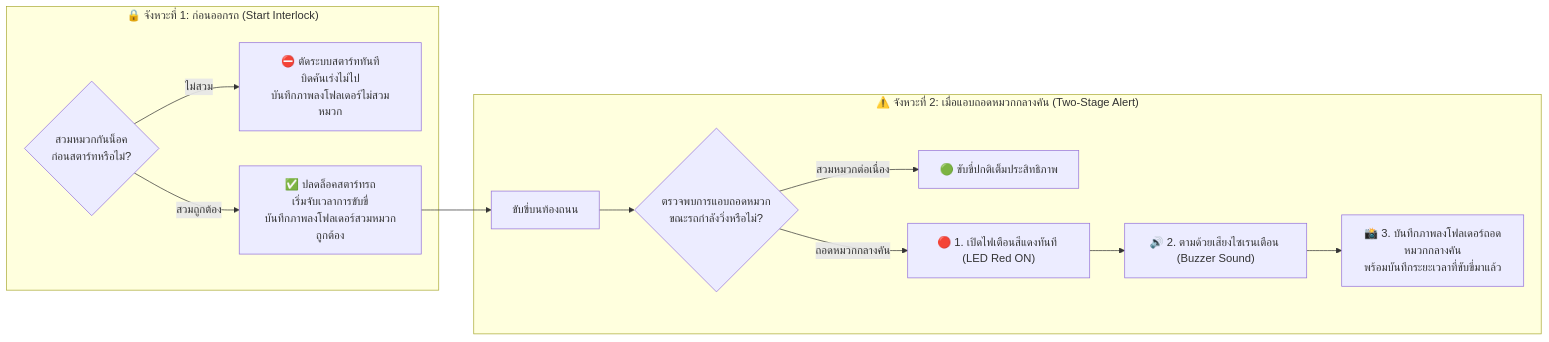
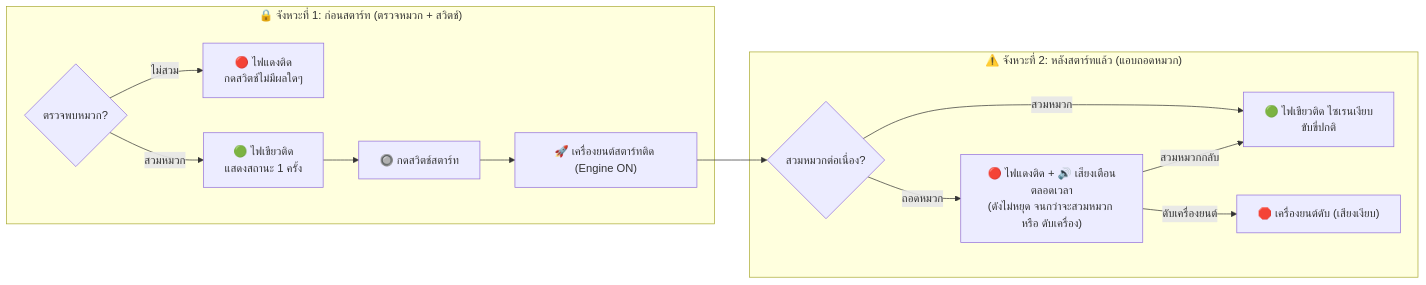
Before and after one commit to sudodok/helmet: the second of 2 diagrams in system_flowchart.md, drawn with Mermaid. The commit also changed other lines of this file, not shown here.

Commit message:
docs: update flowchart to include switch interlock, single notification, and continuous mid-ride alert

````diff
--- a/system_flowchart.md
+++ b/system_flowchart.md
@@ -62,17 +66,18 @@
 ```mermaid
 flowchart LR
-    subgraph Part1 ["🔒 จังหวะที่ 1: ก่อนออกรถ (Start Interlock)"]
-        P1_Check{"สวมหมวกกันน็อค<br/>ก่อนสตาร์ทหรือไม่?"}
-        P1_Check -->|"ไม่สวม"| P1_Lock["⛔ ตัดระบบสตาร์ททันที<br/>บิดคันเร่งไม่ไป<br/>บันทึกภาพลงโฟลเดอร์ไม่สวมหมวก"]
-        P1_Check -->|"สวมถูกต้อง"| P1_Unlock["✅ ปลดล็อคสตาร์ทรถ<br/>เริ่มจับเวลาการขับขี่<br/>บันทึกภาพลงโฟลเดอร์สวมหมวกถูกต้อง"]
+    subgraph S1 ["🔒 จังหวะที่ 1: ก่อนสตาร์ท (ตรวจหมวก + สวิตช์)"]
+        H1{ตรวจพบหมวก?}
+        H1 -->|"ไม่สวม"| L1["🔴 ไฟแดงติด<br/>กดสวิตช์ไม่มีผลใดๆ"]
+        H1 -->|"สวมหมวก"| G1["🟢 ไฟเขียวติด<br/>แสดงสถานะ 1 ครั้ง"]
+        G1 --> SW["🔘 กดสวิตช์สตาร์ท"]
+        SW --> RUN["🚀 เครื่องยนต์สตาร์ทติด (Engine ON)"]
     end
 
-    subgraph Part2 ["⚠️ จังหวะที่ 2: เมื่อแอบถอดหมวกกลางคัน (Two-Stage Alert)"]
-        P1_Unlock --> P2_Ride["ขับขี่บนท้องถนน"]
-        P2_Ride --> P2_Check{"ตรวจพบการแอบถอดหมวก<br/>ขณะรถกำลังวิ่งหรือไม่?"}
-        P2_Check -->|"สวมหมวกต่อเนื่อง"| P2_Normal["🟢 ขับขี่ปกติเต็มประสิทธิภาพ"]
-        P2_Check -->|"ถอดหมวกกลางคัน"| P2_Stage1["🔴 1. เปิดไฟเตือนสีแดงทันที (LED Red ON)"]
-        P2_Stage1 --> P2_Stage2["🔊 2. ตามด้วยเสียงไซเรนเตือน (Buzzer Sound)"]
-        P2_Stage2 --> P2_Save["📸 3. บันทึกภาพลงโฟลเดอร์ถอดหมวกกลางคัน<br/>พร้อมบันทึกระยะเวลาที่ขับขี่มาแล้ว"]
+    subgraph S2 ["⚠️ จังหวะที่ 2: หลังสตาร์ทแล้ว (แอบถอดหมวก)"]
+        RUN --> H2{สวมหมวกต่อเนื่อง?}
+        H2 -->|"สวมหมวก"| N2["🟢 ไฟเขียวติด ไซเรนเงียบ<br/>ขับขี่ปกติ"]
+        H2 -->|"ถอดหมวก"| AL["🔴 ไฟแดงติด + 🔊 เสียงเตือนตลอดเวลา<br/>(ดังไม่หยุด จนกว่าจะสวมหมวก หรือ ดับเครื่อง)"]
+        AL -->|"สวมหมวกกลับ"| N2
+        AL -->|"ดับเครื่องยนต์"| OFF["🛑 เครื่องยนต์ดับ (เสียงเงียบ)"]
     end
 ```
````
